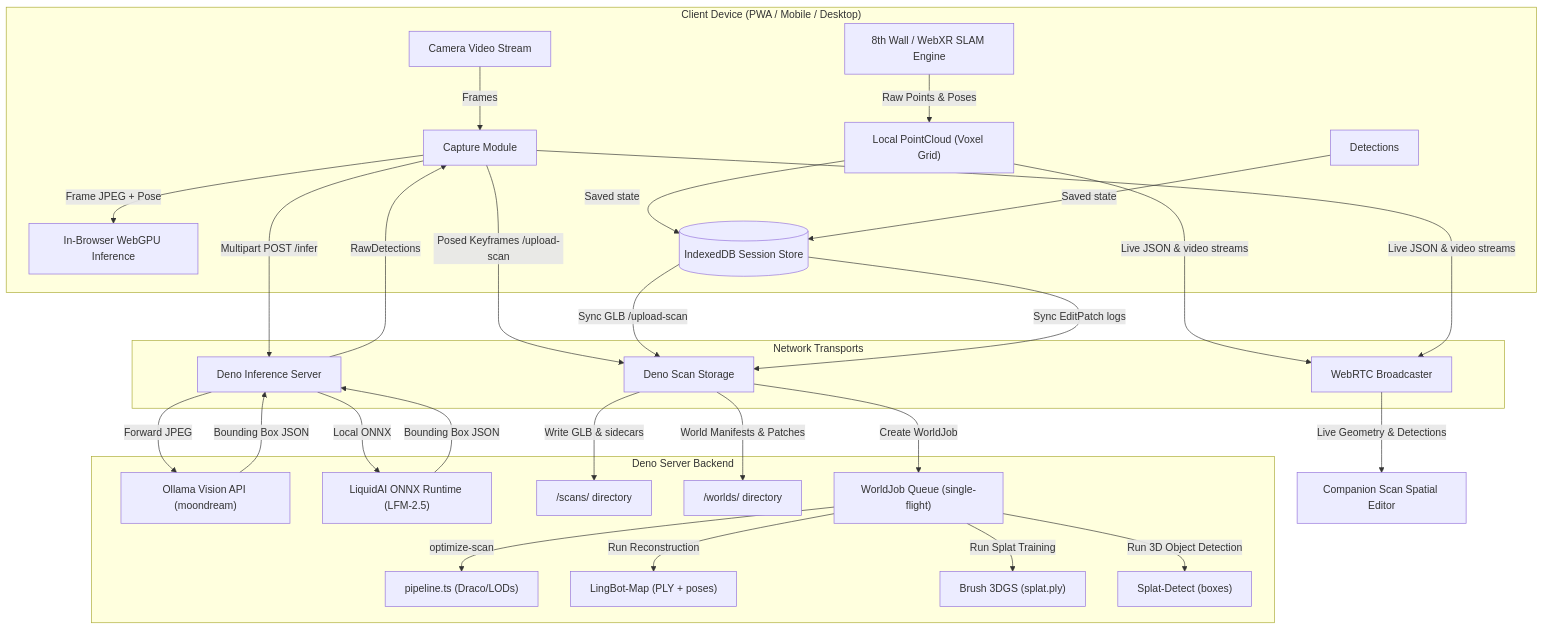
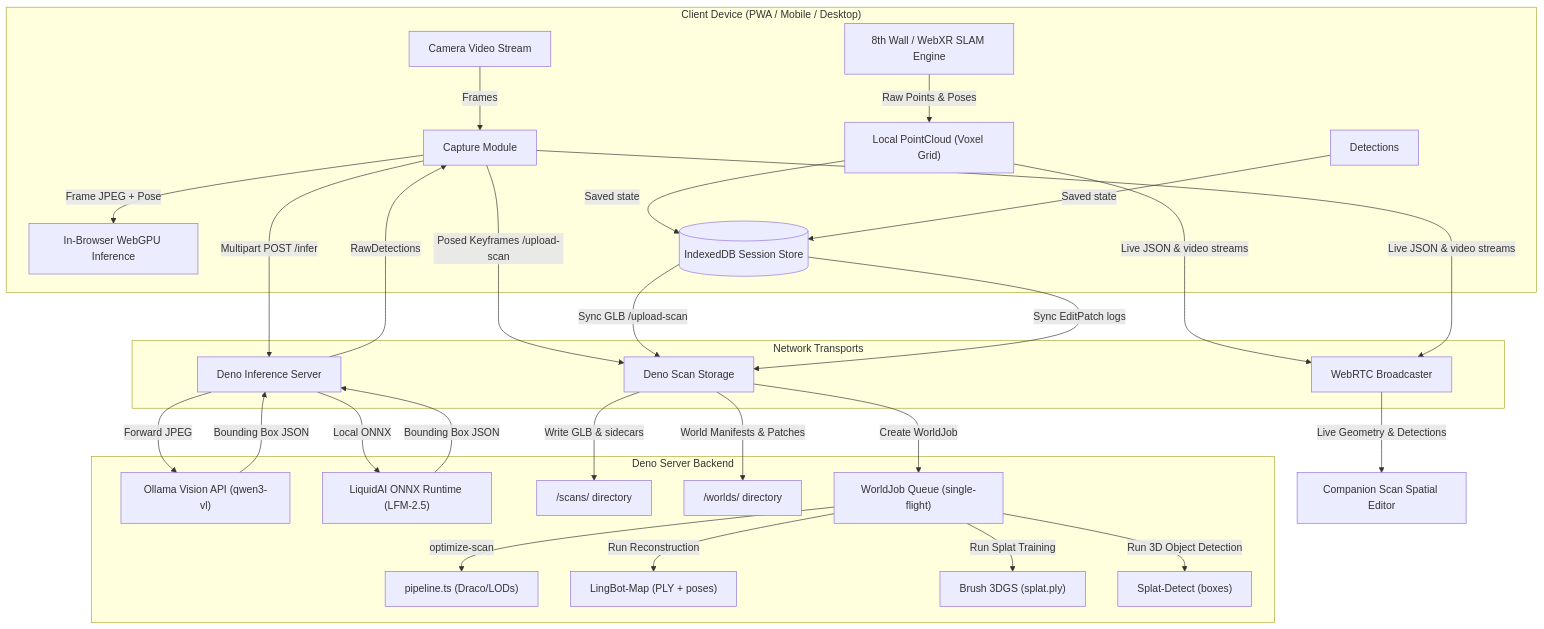
The third of 3 diagrams in README.md (companionintelligence/CI-Spatial), drawn with Mermaid before and after one commit. The commit also changed other lines of this file and 6 other files, not shown here.

````diff
--- a/README.md
+++ b/README.md
@@ -111,33 +111,33 @@
 ```mermaid
 graph TD
     subgraph Client ["Client Device (PWA / Mobile / Desktop)"]
         SLAM["8th Wall / WebXR SLAM Engine"] -->|Raw Points & Poses| PC["Local PointCloud (Voxel Grid)"]
         Camera["Camera Video Stream"] -->|Frames| Cap["Capture Module"]
         Cap -->|Frame JPEG + Pose| VLM_Local["In-Browser WebGPU Inference"]
         PC & Dets_Local["Detections"] -->|Saved state| IDB[(IndexedDB Session Store)]
     end
 
     subgraph Transport ["Network Transports"]
         Cap -->|Multipart POST /infer| Server_Infer["Deno Inference Server"]
         Cap -->|Posed Keyframes /upload-scan| Server_Storage["Deno Scan Storage"]
         PC & Cap -->|Live JSON & video streams| WebRTC["WebRTC Broadcaster"]
         IDB -->|Sync GLB /upload-scan| Server_Storage
         IDB -->|Sync EditPatch logs| Server_Storage
     end
 
     subgraph Server ["Deno Server Backend"]
-        Server_Infer -->|Forward JPEG| Ollama["Ollama Vision API (moondream)"]
+        Server_Infer -->|Forward JPEG| Ollama["Ollama Vision API (qwen3-vl)"]
         Server_Infer -->|Local ONNX| LFM["LiquidAI ONNX Runtime (LFM-2.5)"]
         Server_Storage -->|Write GLB & sidecars| ScansDir["/scans/ directory"]
         Server_Storage -->|World Manifests & Patches| WorldsDir["/worlds/ directory"]
         Server_Storage -->|Create WorldJob| WorldJobs["WorldJob Queue (single-flight)"]
         WorldJobs -->|optimize-scan| Optimize["pipeline.ts (Draco/LODs)"]
         WorldJobs -->|Run Reconstruction| LingBot["LingBot-Map (PLY + poses)"]
         WorldJobs -->|Run Splat Training| Brush["Brush 3DGS (splat.ply)"]
         WorldJobs -->|Run 3D Object Detection| SplatDetect["Splat-Detect (boxes)"]
     end
 
     Ollama & LFM -->|Bounding Box JSON| Server_Infer
     Server_Infer -->|RawDetections| Cap
     WebRTC -->|Live Geometry & Detections| DesktopEditor["Companion Scan Spatial Editor"]
 ```
````
